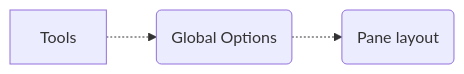
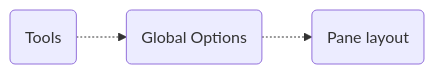
The second of 3 diagrams in intro_rstudio.qmd (bougioukas/practical_stats_med-r), drawn with Mermaid before and after one commit. The commit also changed other lines of this file and 45 other files, not shown here.

````diff
--- a/intro_rstudio.qmd
+++ b/intro_rstudio.qmd
@@ -95,4 +95,4 @@
 ```{mermaid}
 flowchart LR
-  A[Tools] -.-> B(Global Options) -.-> C(Pane layout)
+  A(Tools) -.-> B(Global Options) -.-> C(Pane layout)
 ```
````
